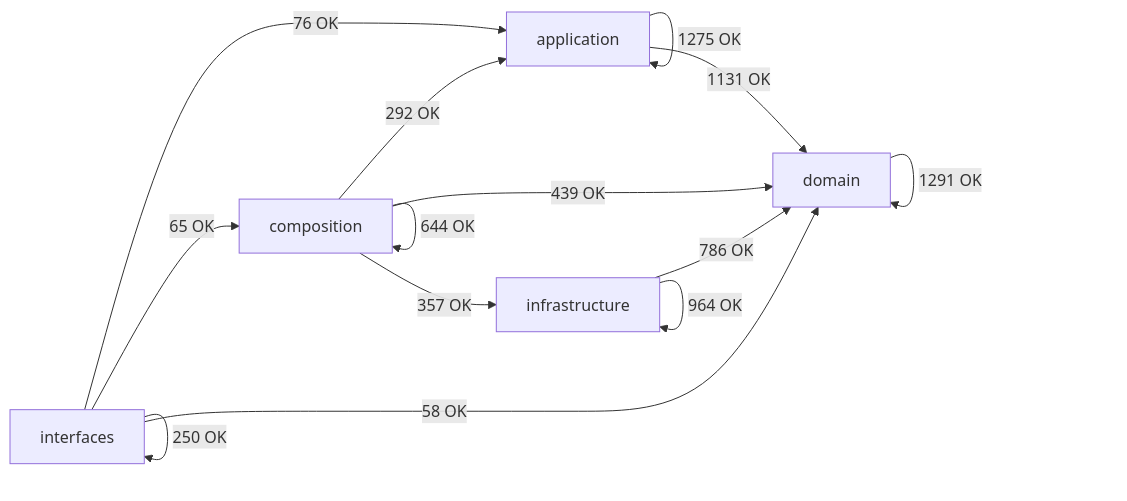
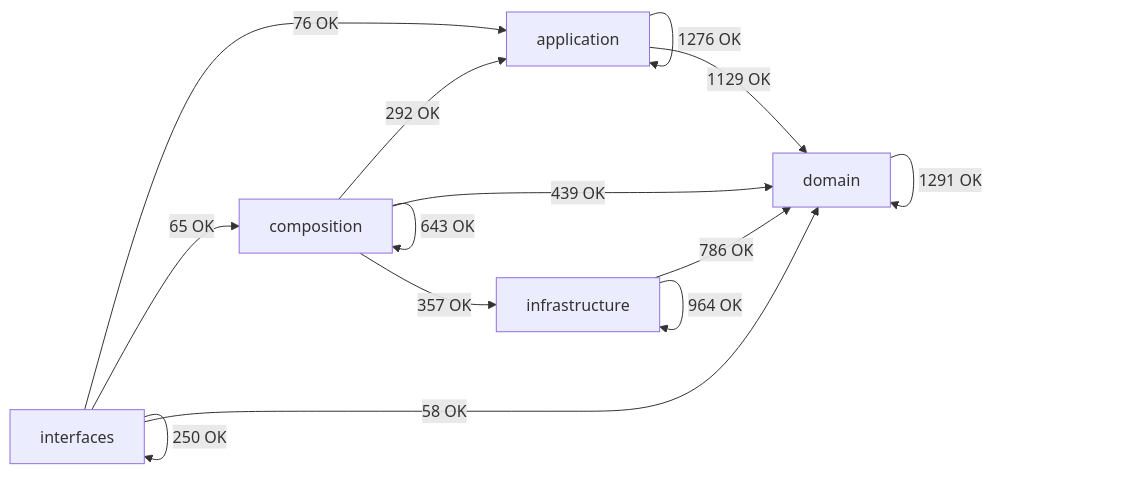
The diagram in docs/02-architecture/generated/module-dependency-map.md (SatoryKono/BioactivityDataAcquisition), drawn with Mermaid before and after one commit. The commit also changed other lines of this file and 130 other files, not shown here.

````diff
--- a/docs/02-architecture/generated/module-dependency-map.md
+++ b/docs/02-architecture/generated/module-dependency-map.md
@@ -17,21 +17,21 @@
 ```mermaid
 flowchart LR
     domain[domain]
     application[application]
     infrastructure[infrastructure]
     composition[composition]
     interfaces[interfaces]
-    application -->|1275 OK| application
-    application -->|1131 OK| domain
+    application -->|1276 OK| application
+    application -->|1129 OK| domain
     composition -->|292 OK| application
-    composition -->|644 OK| composition
+    composition -->|643 OK| composition
     composition -->|439 OK| domain
     composition -->|357 OK| infrastructure
     domain -->|1291 OK| domain
     infrastructure -->|786 OK| domain
     infrastructure -->|964 OK| infrastructure
     interfaces -->|76 OK| application
     interfaces -->|65 OK| composition
     interfaces -->|58 OK| domain
     interfaces -->|250 OK| interfaces
 ```
````
